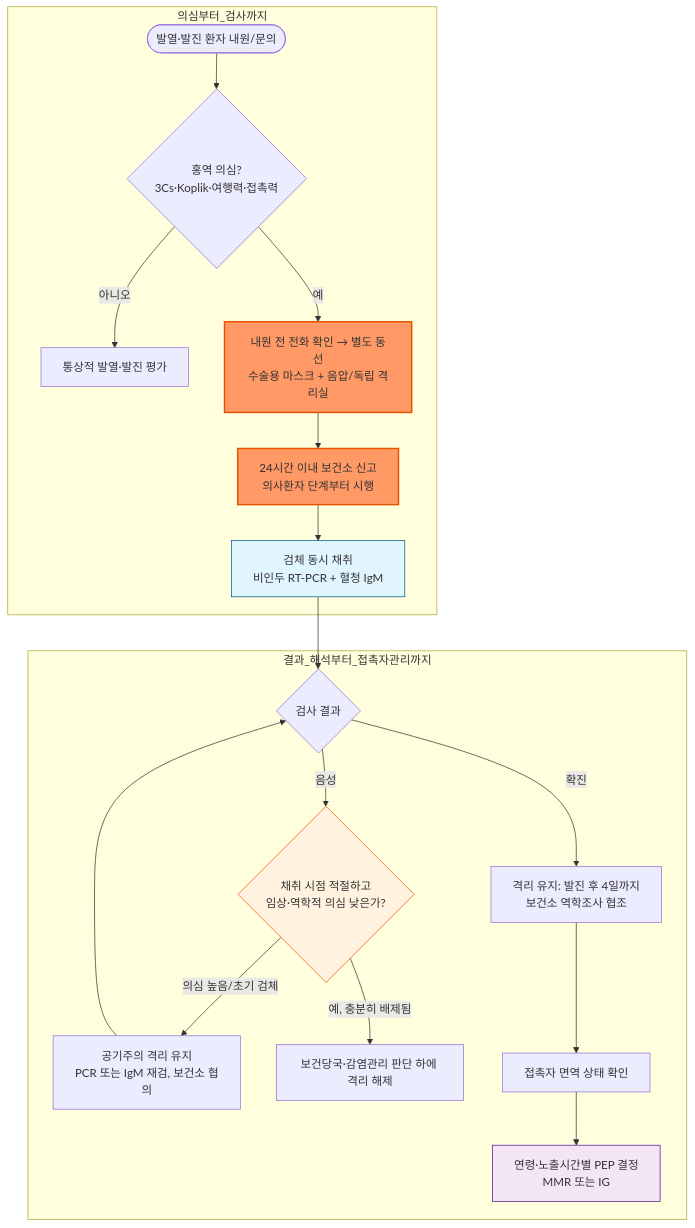
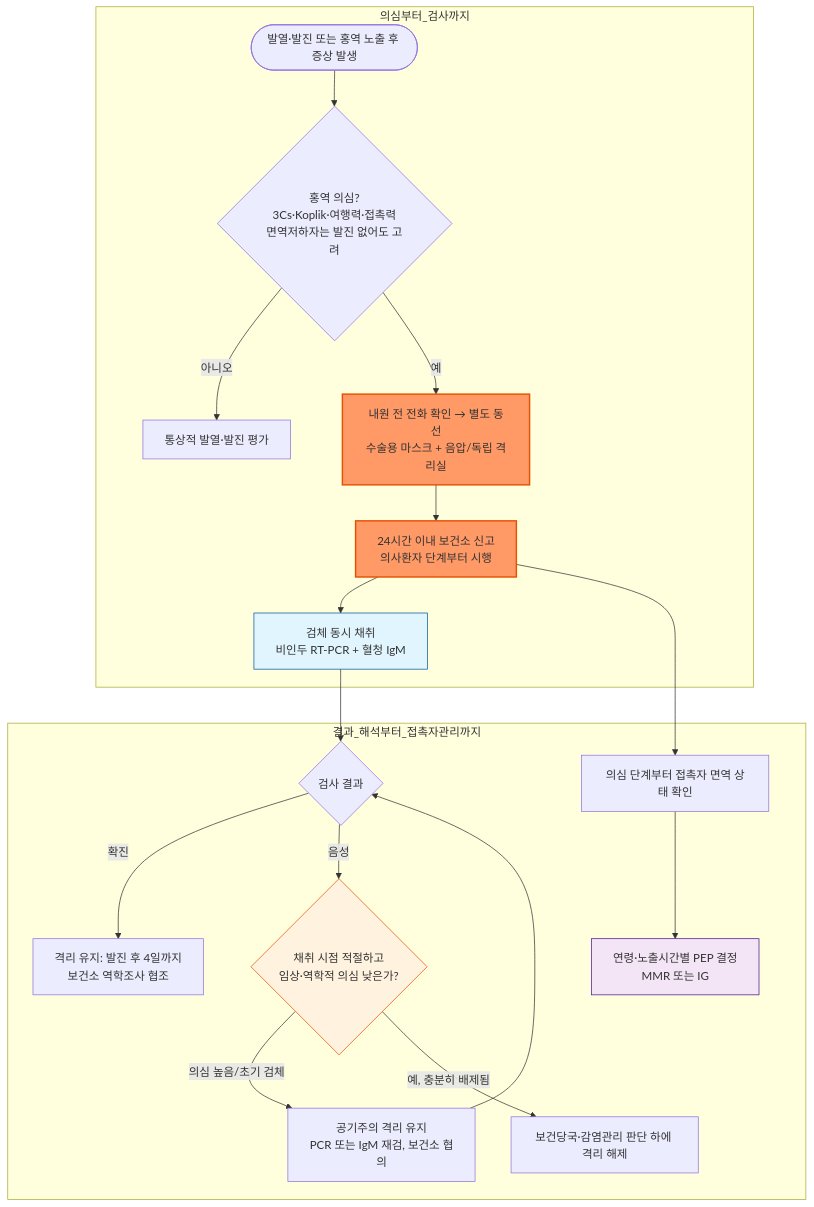
One commit to familyoh77/familyoh77 changed the diagram in 230_/195_-measles.md. Above: the diagram before and after it, drawn with Mermaid. The commit also changed other lines of this file and 9 other files, not shown here.

````diff
--- a/230_/195_-measles.md
+++ b/230_/195_-measles.md
@@ -121,25 +123,25 @@
 ```mermaid
 graph TD
     subgraph 의심부터_검사까지
-    A([발열·발진 환자 내원/문의]) --> B{홍역 의심?<br/>3Cs·Koplik·여행력·접촉력}
-    B -- 아니오 --> C[통상적 발열·발진 평가]
-    B -- 예 --> D[내원 전 전화 확인 → 별도 동선<br/>수술용 마스크 + 음압/독립 격리실]
-    D --> E[24시간 이내 보건소 신고<br/>의사환자 단계부터 시행]
-    E --> F[검체 동시 채취<br/>비인두 RT-PCR + 혈청 IgM]
+    A(["발열·발진 또는 홍역 노출 후 증상 발생"]) --> B{"홍역 의심?<br/>3Cs·Koplik·여행력·접촉력<br/>면역저하자는 발진 없어도 고려"}
+    B -- 아니오 --> C["통상적 발열·발진 평가"]
+    B -- 예 --> D["내원 전 전화 확인 → 별도 동선<br/>수술용 마스크 + 음압/독립 격리실"]
+    D --> E["24시간 이내 보건소 신고<br/>의사환자 단계부터 시행"]
+    E --> F["검체 동시 채취<br/>비인두 RT-PCR + 혈청 IgM"]
     end
     subgraph 결과_해석부터_접촉자관리까지
-    F --> G{검사 결과}
-    G -- 확진 --> H[격리 유지: 발진 후 4일까지<br/>보건소 역학조사 협조]
-    G -- 음성 --> L{채취 시점 적절하고<br/>임상·역학적 의심 낮은가?}
-    L -- 의심 높음/초기 검체 --> M[공기주의 격리 유지<br/>PCR 또는 IgM 재검, 보건소 협의]
+    F --> G{"검사 결과"}
+    G -- 확진 --> H["격리 유지: 발진 후 4일까지<br/>보건소 역학조사 협조"]
+    G -- 음성 --> L{"채취 시점 적절하고<br/>임상·역학적 의심 낮은가?"}
+    L -- 의심 높음/초기 검체 --> M["공기주의 격리 유지<br/>PCR 또는 IgM 재검, 보건소 협의"]
     M --> G
-    L -- 예, 충분히 배제됨 --> I[보건당국·감염관리 판단 하에 격리 해제]
-    H --> J[접촉자 면역 상태 확인]
-    J --> K[연령·노출시간별 PEP 결정<br/>MMR 또는 IG]
+    L -- 예, 충분히 배제됨 --> I["보건당국·감염관리 판단 하에 격리 해제"]
+    E --> J["의심 단계부터 접촉자 면역 상태 확인"]
+    J --> K["연령·노출시간별 PEP 결정<br/>MMR 또는 IG"]
     end
     style D fill:#f96,stroke:#e65100,stroke-width:2px
     style E fill:#f96,stroke:#e65100,stroke-width:2px
     style F fill:#e1f5fe,stroke:#01579b
     style L fill:#fff3e0,stroke:#e65100
     style K fill:#f3e5f5,stroke:#4a148c
 ```
````
